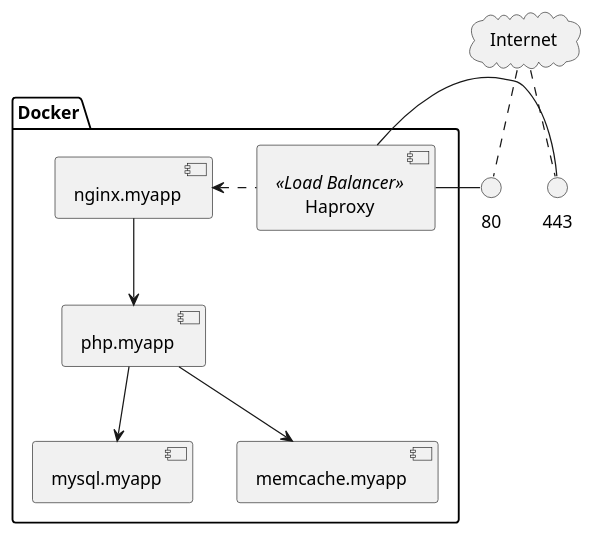
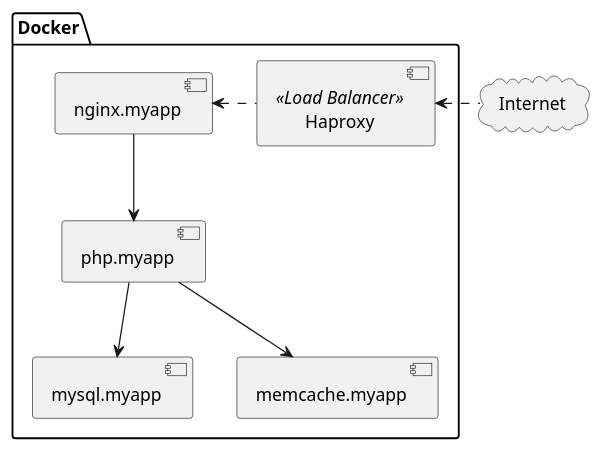
One commit to modera/mcloud changed the diagram in docs/source/guide/local.rst. Above: the diagram before and after it, drawn with PlantUML. The commit also changed 2 other files, not shown here.

Commit message:
Small changes in docs

```diff
--- a/docs/source/guide/local.rst
+++ b/docs/source/guide/local.rst
@@ -12,29 +12,23 @@
 .. uml::
 
     cloud Internet {
 
-
     }
-
-    Internet .. 80
-    Internet .. 443
 
     package Docker {
         [Haproxy] << Load Balancer >>
 
         [mysql.myapp]
         [php.myapp]
         [nginx.myapp]
         [memcache.myapp]
 
         nginx.myapp -down-> php.myapp
         php.myapp -down-> mysql.myapp
         php.myapp -down-> memcache.myapp
 
         Haproxy ..left..> nginx.myapp
 
+    }
 
-
-        Haproxy -right- 80
-        Haproxy -right- 443
-    }
+    Internet ..left..> Haproxy
```
